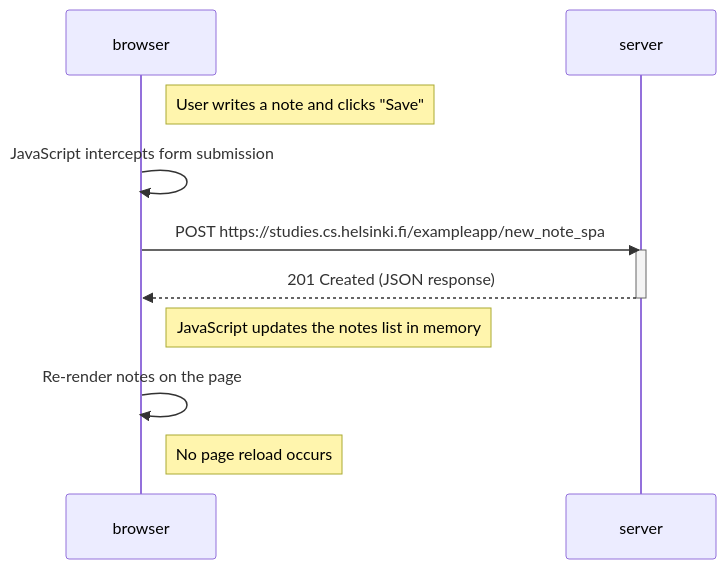
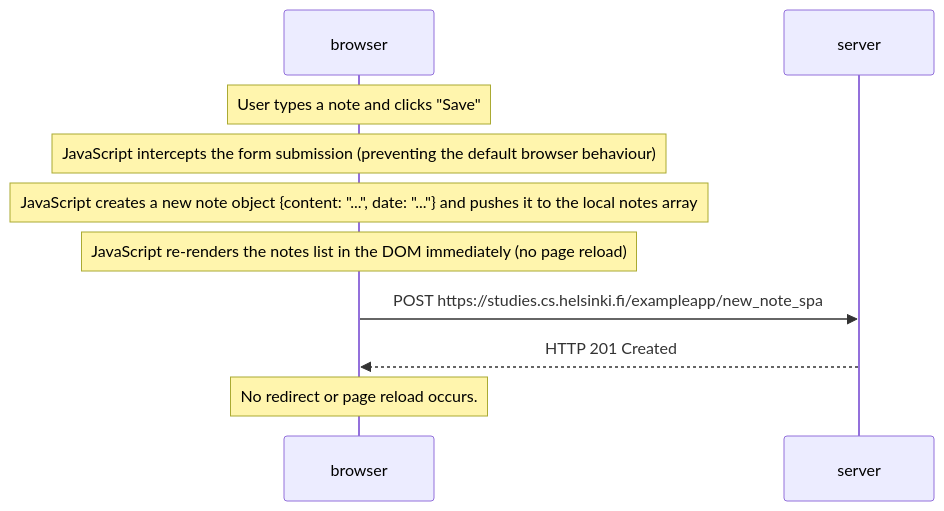
One commit to jovvas/Fullstack-part-0 changed the diagram in exercise-0.6.md. Above: the diagram before and after it, drawn with Mermaid.

Commit message:
created alternative depictualisation of the events in exercise-0.6

````diff
--- a/exercise-0.6.md
+++ b/exercise-0.6.md
@@ -1,18 +1,18 @@
 ```mermaid
 sequenceDiagram
     participant browser
     participant server
 
-    Note right of browser: User writes a note and clicks "Save"
+    Note over browser: User types a note and clicks "Save"
 
-    browser->>browser: JavaScript intercepts form submission
-    browser->>server: POST https://studies.cs.helsinki.fi/exampleapp/new_note_spa
-    activate server
-    server-->>browser: 201 Created (JSON response)
-    deactivate server
+    Note over browser: JavaScript intercepts the form submission (preventing the default browser behaviour)
 
-    Note right of browser: JavaScript updates the notes list in memory
+    Note over browser: JavaScript creates a new note object {content: "...", date: "..."}  and pushes it to the local notes array
 
-    browser->>browser: Re-render notes on the page
-    Note right of browser: No page reload occurs
+    Note over browser: JavaScript re-renders the notes list in the DOM immediately (no page reload)
+
+    browser->>server: POST https://studies.cs.helsinki.fi/exampleapp/new_note_spa 
+    server-->>browser: HTTP 201 Created
+
+    Note over browser: No redirect or page reload occurs.
 ```
````
